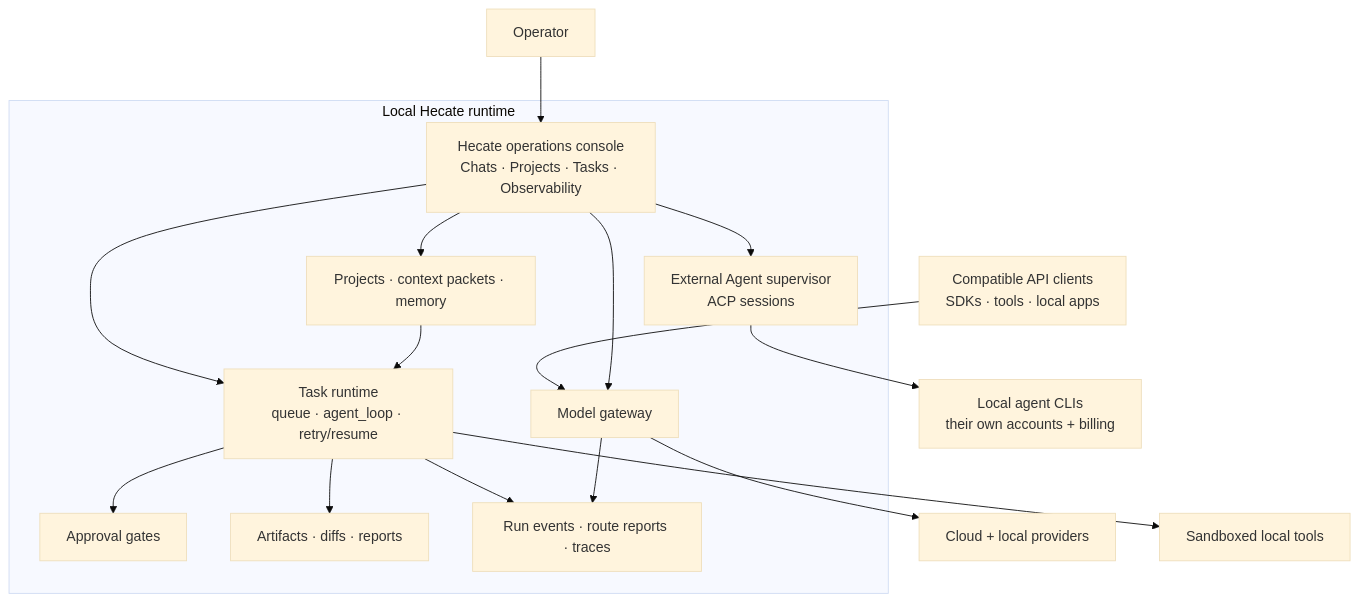
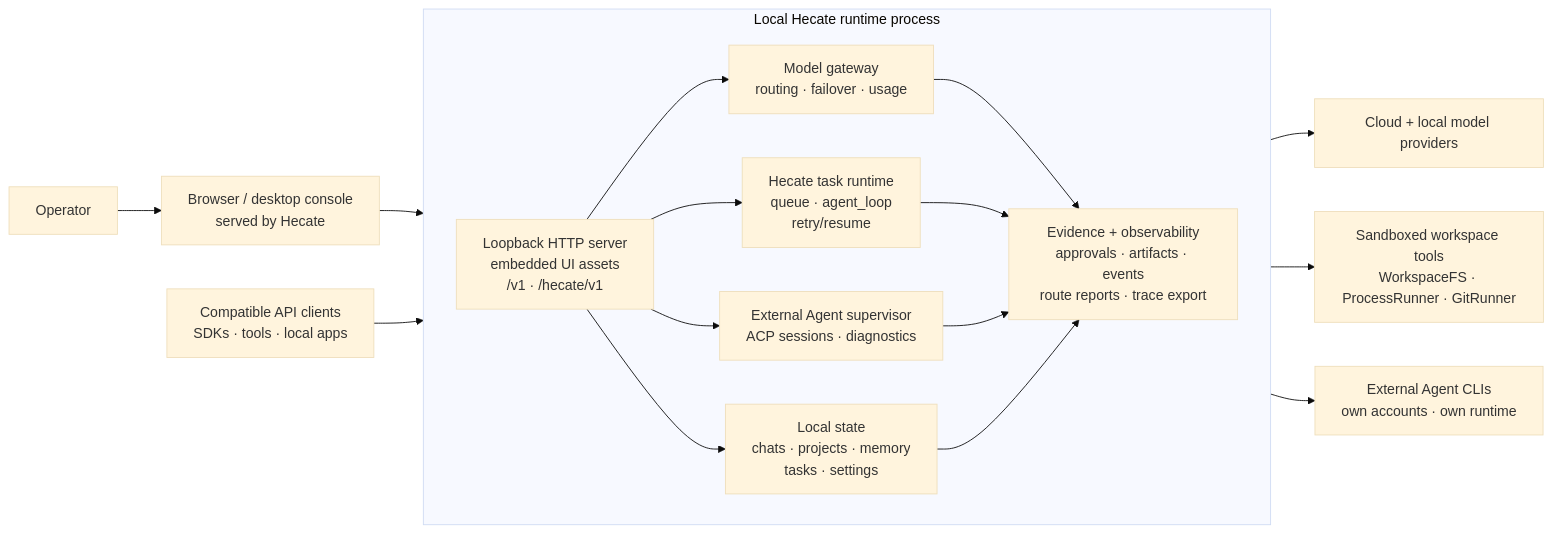
The first of 2 diagrams in README.md (hecatehq/hecate), drawn with Mermaid (base theme) before and after one commit.

Commit message:
docs: fix system shape diagram [skip ci]

````diff
--- a/README.md
+++ b/README.md
@@ -75,29 +75,34 @@
 ```mermaid
-flowchart TB
-    Operator["Operator"] --> Console["Hecate operations console<br/>Chats · Projects · Tasks · Observability"]
-    APIClients["Compatible API clients<br/>SDKs · tools · local apps"] --> Gateway["Model gateway"]
+flowchart LR
+    Operator["Operator"] --> Console["Browser / desktop console<br/>served by Hecate"]
+    APIClients["Compatible API clients<br/>SDKs · tools · local apps"]
 
-    subgraph Runtime["Local Hecate runtime"]
-        Console
-        Gateway
-        Projects["Projects · context packets · memory"]
-        Tasks["Task runtime<br/>queue · agent_loop · retry/resume"]
-        Approvals["Approval gates"]
-        Artifacts["Artifacts · diffs · reports"]
-        Events["Run events · route reports · traces"]
-        Adapters["External Agent supervisor<br/>ACP sessions"]
+    subgraph HecateProcess["Local Hecate runtime process"]
+        direction LR
+        HTTP["Loopback HTTP server<br/>embedded UI assets<br/>/v1 · /hecate/v1"]
+        Gateway["Model gateway<br/>routing · failover · usage"]
+        TaskRuntime["Hecate task runtime<br/>queue · agent_loop<br/>retry/resume"]
+        AgentSupervisor["External Agent supervisor<br/>ACP sessions · diagnostics"]
+        State["Local state<br/>chats · projects · memory<br/>tasks · settings"]
+        Evidence["Evidence + observability<br/>approvals · artifacts · events<br/>route reports · trace export"]
+
+        HTTP --> Gateway
+        HTTP --> TaskRuntime
+        HTTP --> AgentSupervisor
+        HTTP --> State
+        Gateway --> Evidence
+        TaskRuntime --> Evidence
+        AgentSupervisor --> Evidence
+        State --> Evidence
     end
 
-    Gateway --> Providers["Cloud + local providers"]
-    Console --> Projects
-    Console --> Tasks
-    Console --> Adapters
-    Console --> Gateway
-    Tasks --> Approvals
-    Tasks --> Artifacts
-    Tasks --> Events
-    Tasks --> Tools["Sandboxed local tools"]
-    Adapters --> ExternalCLIs["Local agent CLIs<br/>their own accounts + billing"]
-    Projects --> Tasks
-    Gateway --> Events
+    Providers["Cloud + local model providers"]
+    Tools["Sandboxed workspace tools<br/>WorkspaceFS · ProcessRunner · GitRunner"]
+    ExternalCLIs["External Agent CLIs<br/>own accounts · own runtime"]
+
+    Console --> HTTP
+    APIClients --> HTTP
+    Gateway --> Providers
+    TaskRuntime --> Tools
+    AgentSupervisor --> ExternalCLIs
 ```
````
